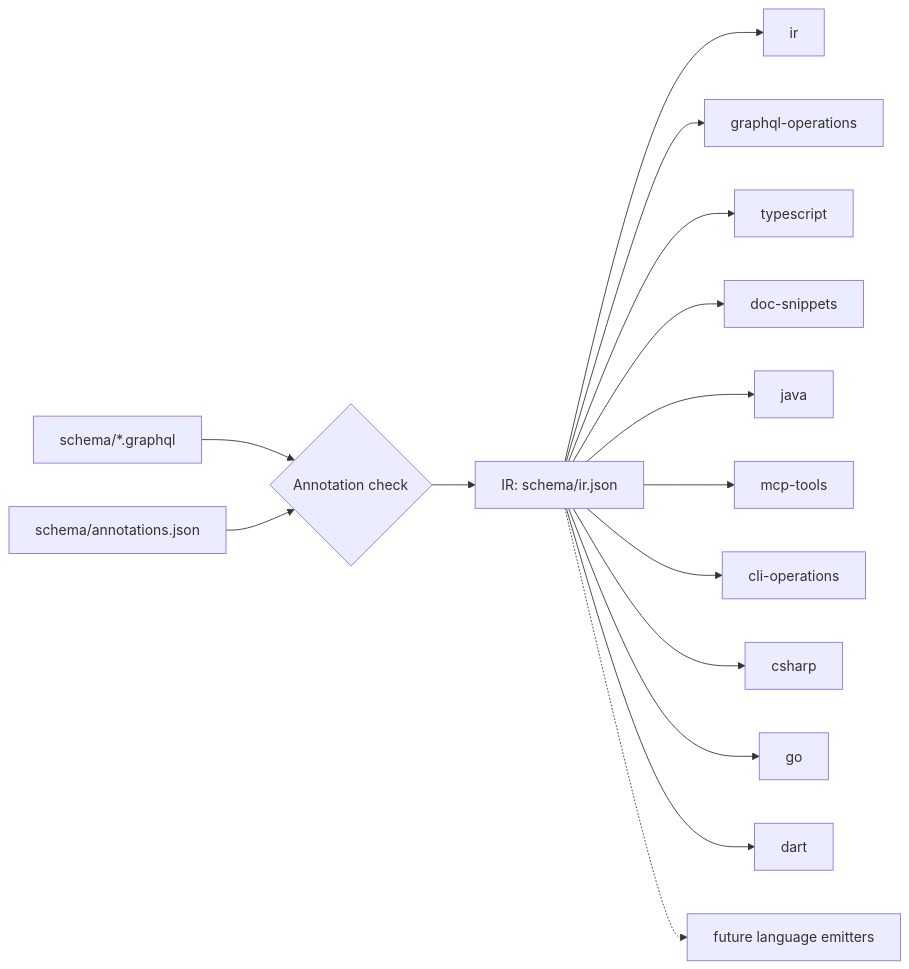
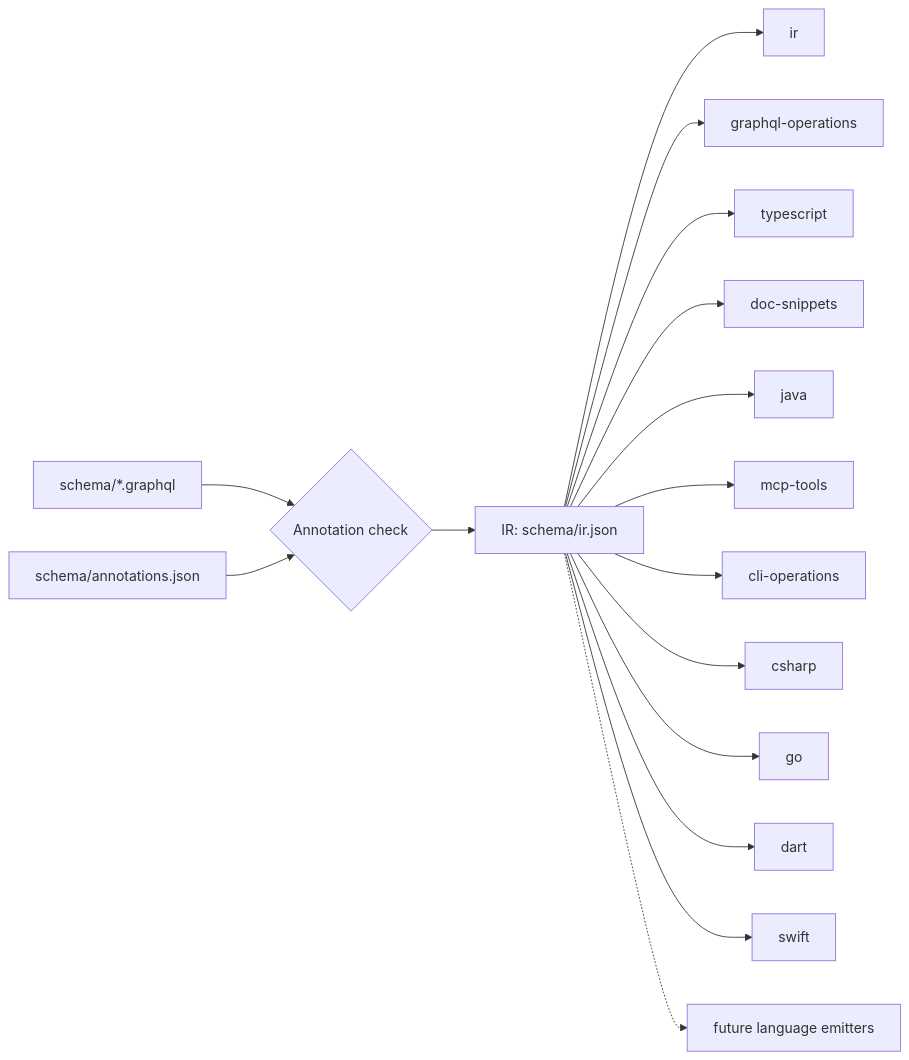
The diagram in docs/sdk-generation.md (ConvoHop/sdks), drawn with Mermaid before and after one commit. The commit also changed other lines of this file and 82 other files, not shown here.

````diff
--- a/docs/sdk-generation.md
+++ b/docs/sdk-generation.md
@@ -9,17 +9,18 @@
 ```mermaid
 flowchart LR
   S["schema/*.graphql"] --> C{"Annotation check"}
   A["schema/annotations.json"] --> C
   C --> I["IR: schema/ir.json"]
   I --> E1["ir"]
   I --> E2["graphql-operations"]
   I --> E3["typescript"]
   I --> E4["doc-snippets"]
   I --> EJ["java"]
   I --> EM["mcp-tools"]
   I --> EC["cli-operations"]
   I --> ECS["csharp"]
   I --> EG["go"]
   I --> ED["dart"]
+  I --> ES["swift"]
   I -.-> E5["future language emitters"]
 ```
````
